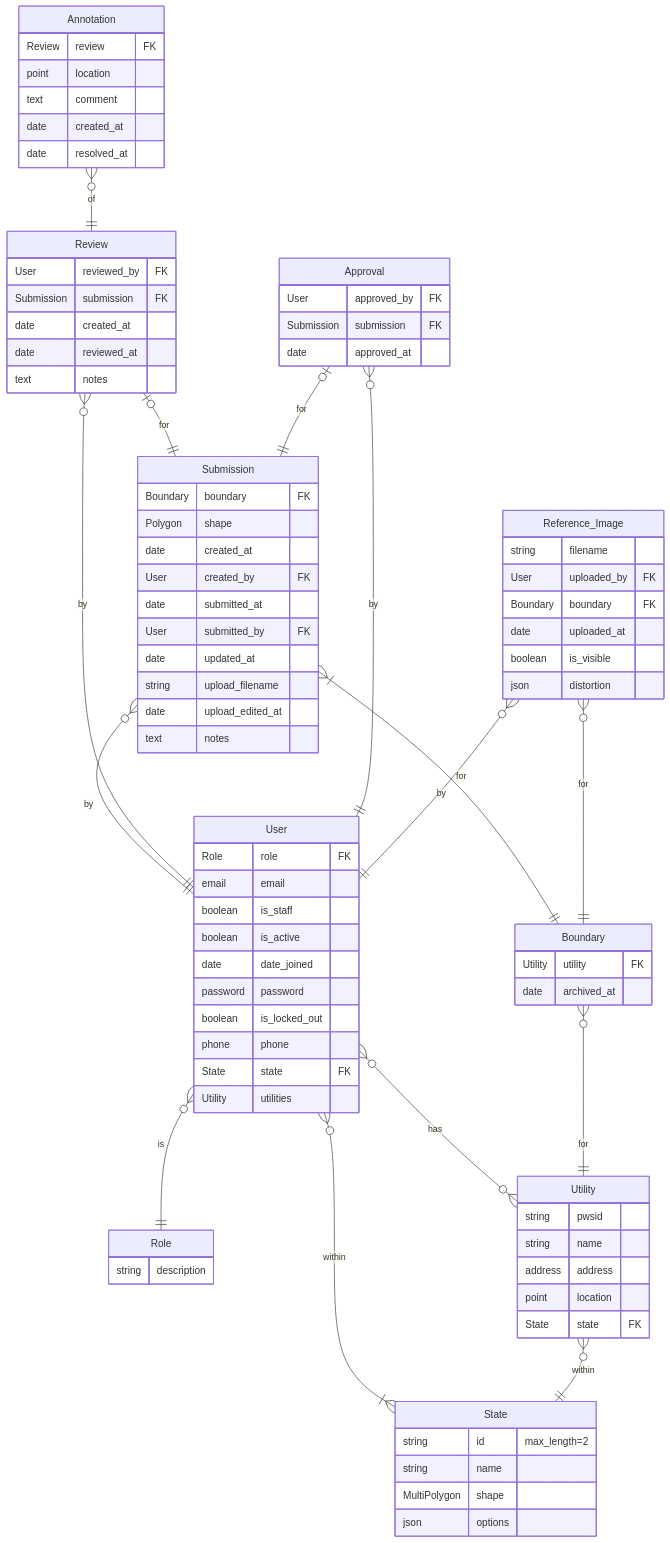
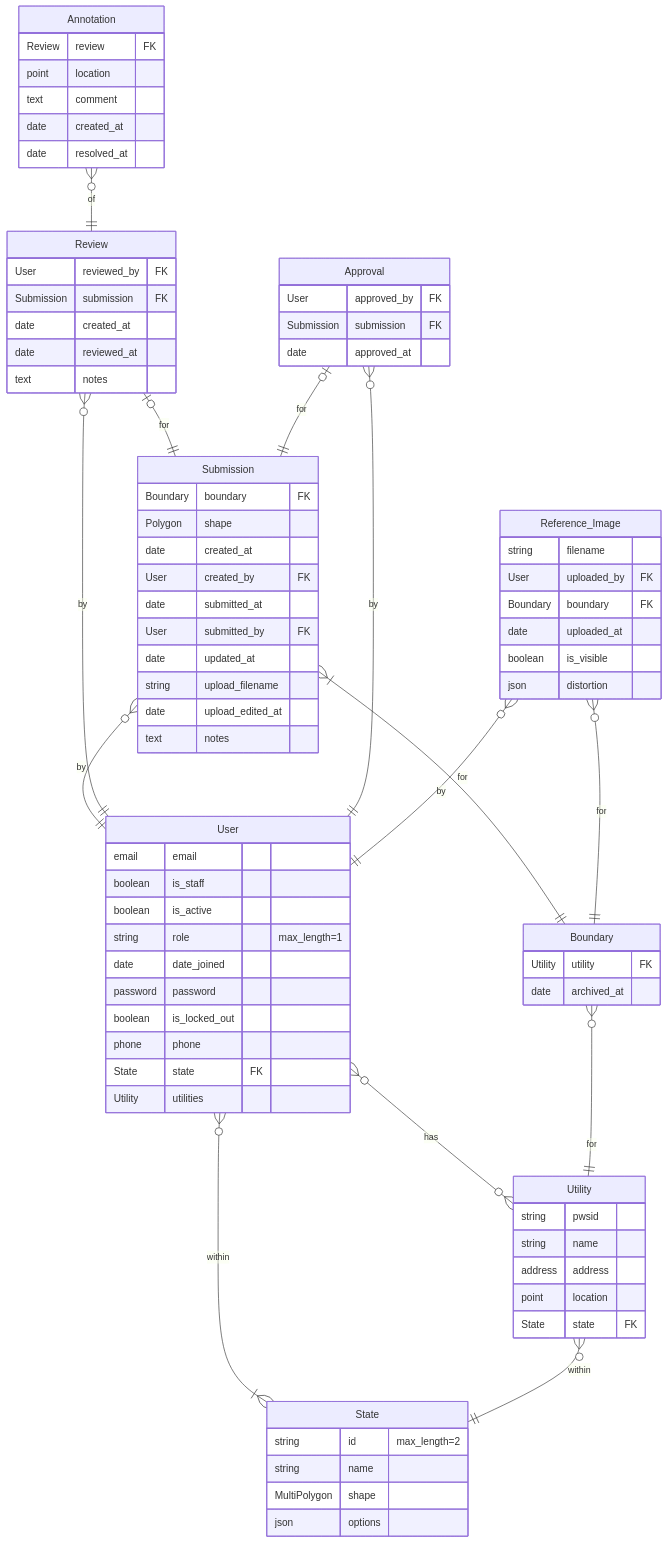
Before and after one commit to azavea/iow-boundary-tool: the diagram in doc/arch/adr-001-data-models.md, drawn with Mermaid.

Commit message:
Update mermaid diagram to remove Role table

````diff
--- a/doc/arch/adr-001-data-models.md
+++ b/doc/arch/adr-001-data-models.md
@@ -7,16 +7,12 @@
 ```mermaid
 erDiagram
-    Role {
-        string description
-    }
     User }o--o{ Utility : "has"
     User }o--|{ State : "within"
-    User }o--|| Role : is
     User {
-        Role role FK
         email email
         boolean is_staff
         boolean is_active
+        string role "max_length=1"
         date date_joined
         password password
         boolean is_locked_out
````
